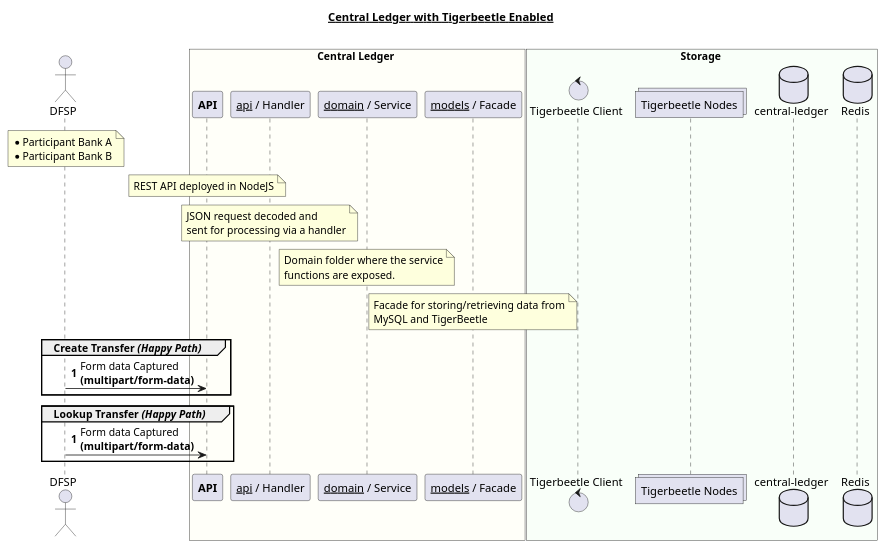
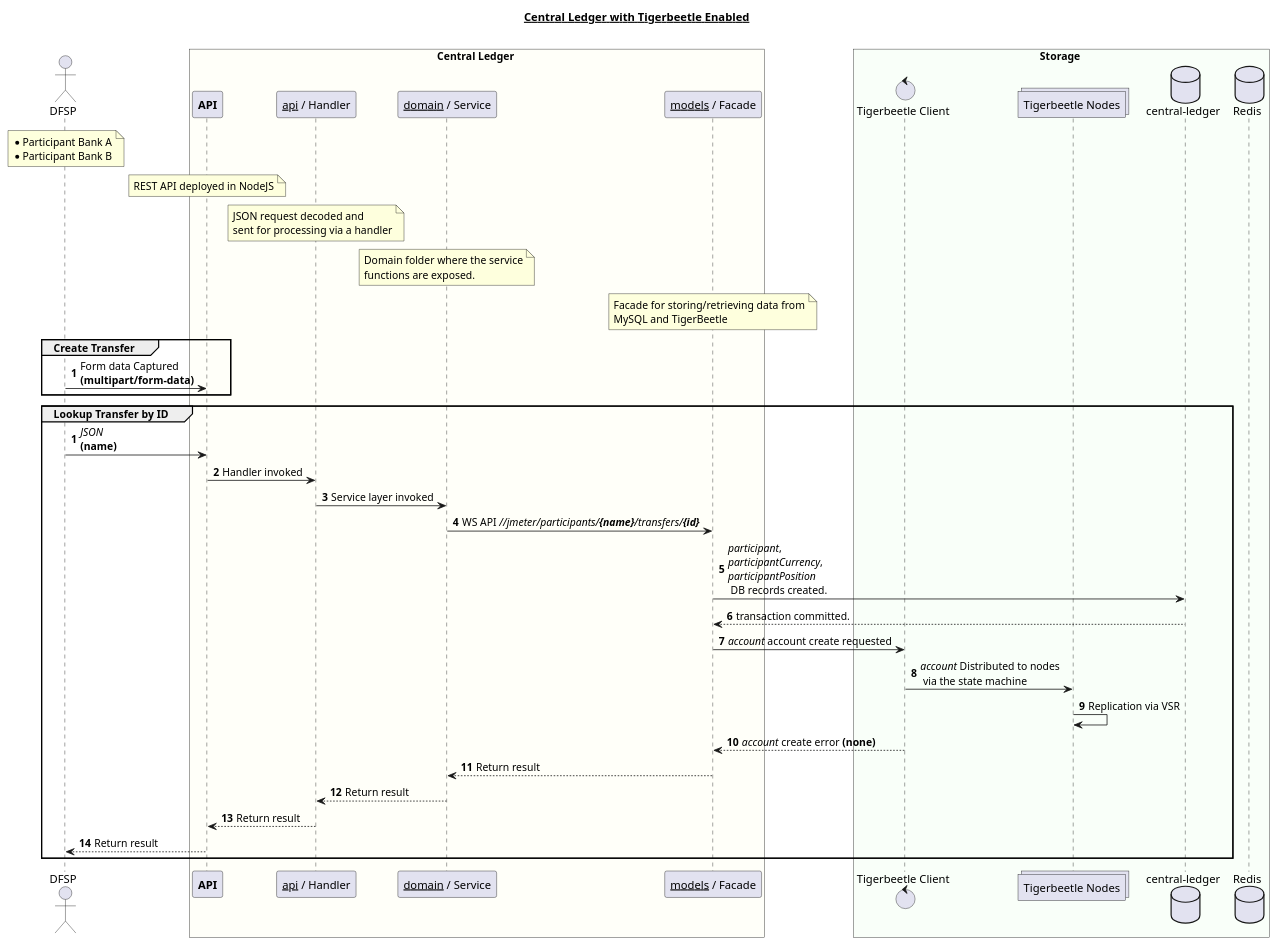
The diagram in solution_design/sequence-transfer-tb-enabled.puml (coilhq/mucoa), drawn with PlantUML before and after one commit. The commit also changed 5 other files, not shown here.

```diff
--- a/solution_design/sequence-transfer-tb-enabled.puml
+++ b/solution_design/sequence-transfer-tb-enabled.puml
@@ -1,53 +1,66 @@
 @startuml
 title "__**Central Ledger with Tigerbeetle Enabled**__\n"
 
 actor "DFSP" as dfsp
 note over dfsp
     * Participant Bank A
     * Participant Bank B
 end note
 
 box Central Ledger #FFFFF9
     participant "**API**" as cl_api
     participant "__api__ / Handler" as cl_handler
     participant "__domain__ / Service" as cl_domain
     participant "__models__ / Facade" as cl_facade
 
     note over cl_api
         REST API deployed in NodeJS
     end note
 
     note over cl_handler
         JSON request decoded and
         sent for processing via a handler
     end note
 
     note over cl_domain
         Domain folder where the service
         functions are exposed.
     end note
 
     note over cl_facade
         Facade for storing/retrieving data from
         MySQL and TigerBeetle
     end note
 end box
 
 box Storage #F9FFF9
 	control "Tigerbeetle Client" as tb_client
 	collections "Tigerbeetle Nodes" as tb_nodes
 	database "central-ledger" as cl_db
 	database "Redis" as redis_cache
 end box
 
 autonumber
-group Create Transfer //(Happy Path)//
+group Create Transfer
     dfsp -> cl_api : Form data Captured\n**(multipart/form-data)**
 end
 
 autonumber
-group Lookup Transfer //(Happy Path)//
-    dfsp -> cl_api : Form data Captured\n**(multipart/form-data)**
+group Lookup Transfer by ID
+    dfsp -> cl_api : //JSON// \n**(name)**
+    cl_api -> cl_handler : Handler invoked
+    cl_handler -> cl_domain : Service layer invoked
+    cl_domain -> cl_facade : WS API ////jmeter/participants/**{name}**/transfers/**{id}**//
+    cl_facade -> cl_db : //participant//, \n//participantCurrency//, \n//participantPosition// \n DB records created.
+    cl_db --> cl_facade : transaction committed.
+    cl_facade -> tb_client : //account// account create requested
+    tb_client -> tb_nodes : //account// Distributed to nodes\n via the state machine
+    tb_nodes -> tb_nodes : Replication via VSR
+    tb_client --> cl_facade : //account// create error **(none)**
+    cl_facade --> cl_domain : Return result
+    cl_domain --> cl_handler : Return result
+    cl_handler --> cl_api : Return result
+    cl_api --> dfsp : Return result
 end
 
 @enduml
```
